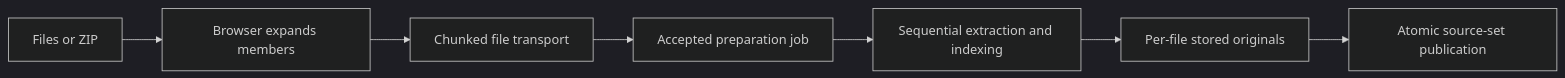
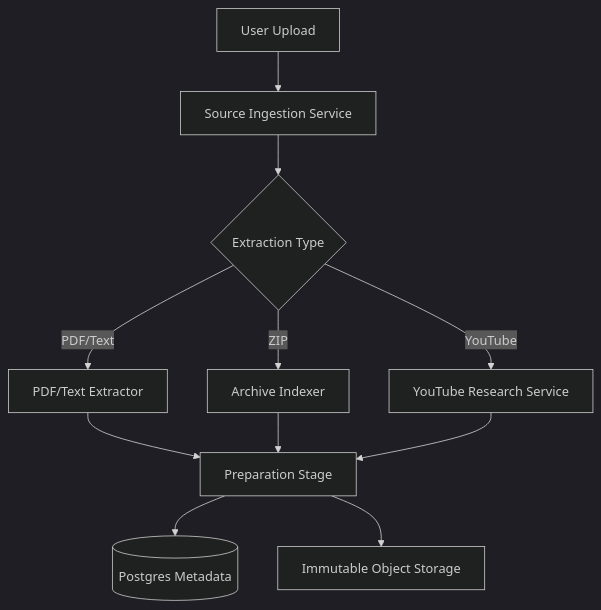
Before and after one commit to immagiov4/Nous: the first of 2 diagrams in .cubic/wiki/03-section-features/03-p-doc-processing.md, drawn with Mermaid (dark theme). The commit also changed other lines of this file and 38 other files, not shown here.

````diff
--- a/.cubic/wiki/03-section-features/03-p-doc-processing.md
+++ b/.cubic/wiki/03-section-features/03-p-doc-processing.md
@@ -16,9 +31,15 @@
 ```mermaid
-flowchart LR
-    I[Files or ZIP] --> E[Browser expands members]
-    E --> T[Chunked file transport]
-    T --> J[Accepted preparation job]
-    J --> P[Sequential extraction and indexing]
-    P --> S[Per-file stored originals]
-    S --> C[Atomic source-set publication]
+flowchart TD
+    Upload[User Upload] --> Ingestion[Source Ingestion Service]
+    Ingestion --> Extraction{Extraction Type}
+    Extraction -- PDF/Text --> TextExt[PDF/Text Extractor]
+    Extraction -- ZIP --> ArchExt[Archive Indexer]
+    Extraction -- YouTube --> YTRes[YouTube Research Service]
+    
+    TextExt --> Prep[Preparation Stage]
+    ArchExt --> Prep
+    YTRes --> Prep
+    
+    Prep --> DB[(Postgres Metadata)]
+    Prep --> ObjectStorage[Immutable Object Storage]
 ```
````
